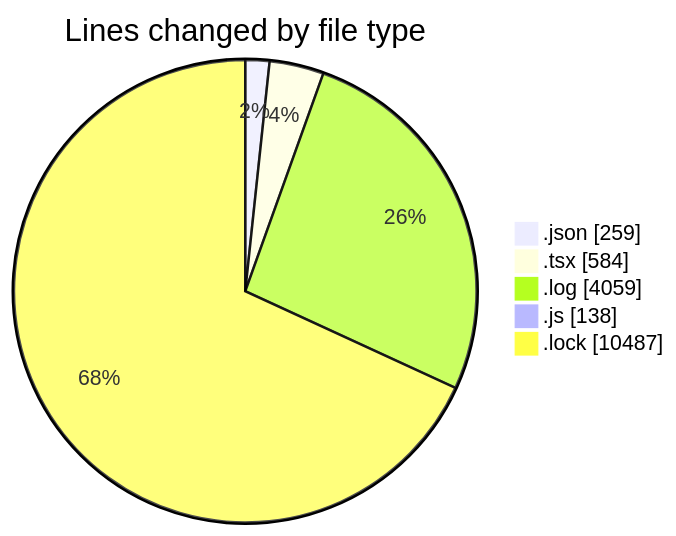
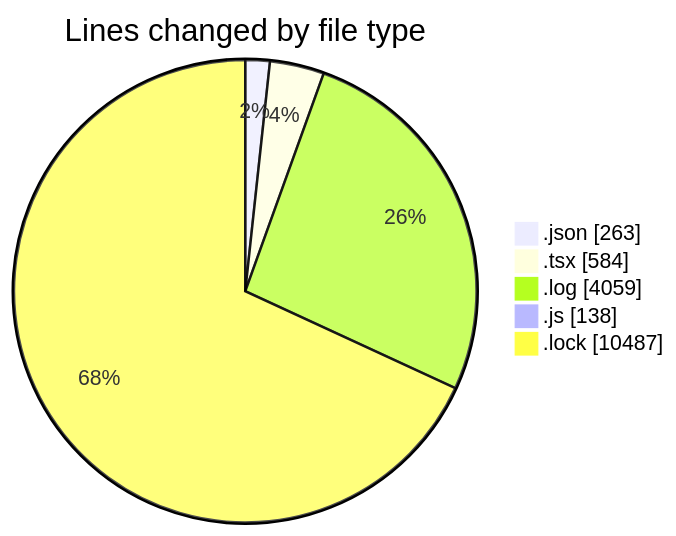
Before and after one commit to momahboobian/code-tracking: the first of 2 diagrams in 2026-03-24/cda/README.md, drawn with Mermaid. The commit also changed other lines of this file and 1 other file, not shown here.

````diff
--- a/2026-03-24/cda/README.md
+++ b/2026-03-24/cda/README.md
@@ -28,9 +28,9 @@
 ```mermaid
 pie showData
 title Lines changed by file type
-".json" : 259
+".json" : 263
 ".tsx" : 584
 ".log" : 4059
 ".js" : 138
 ".lock" : 10487
 ```
````
